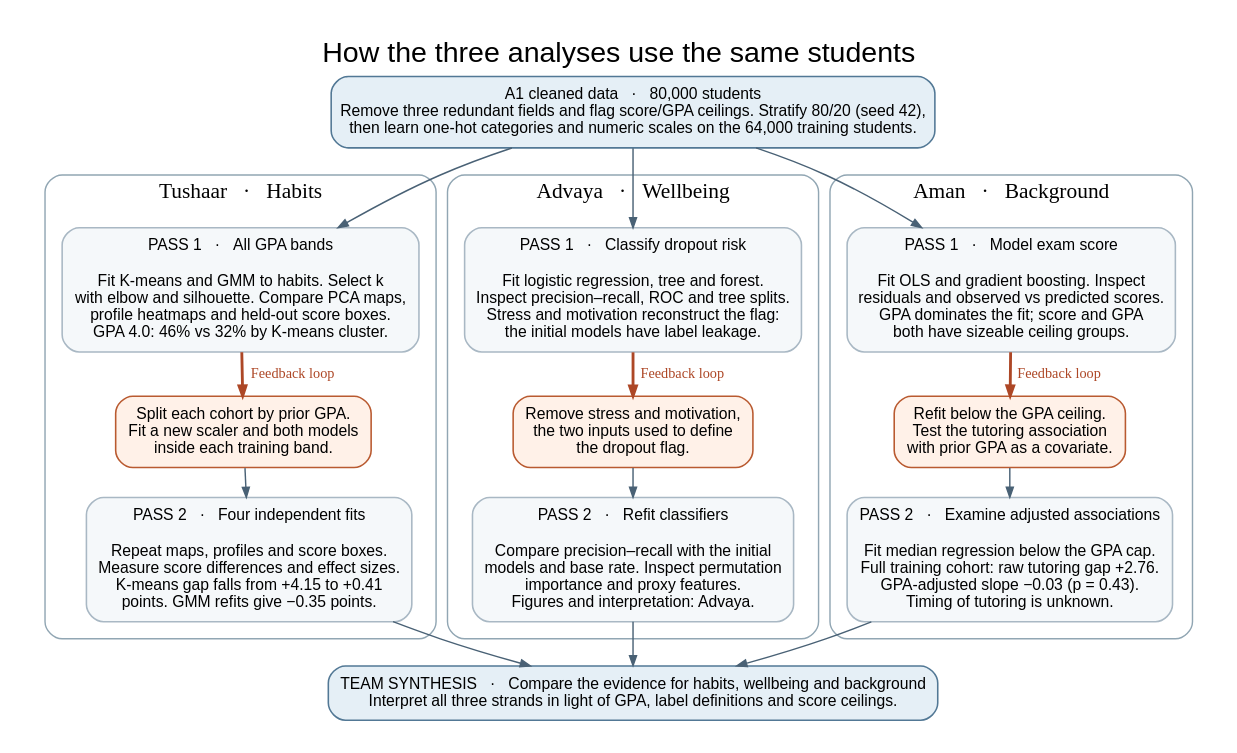
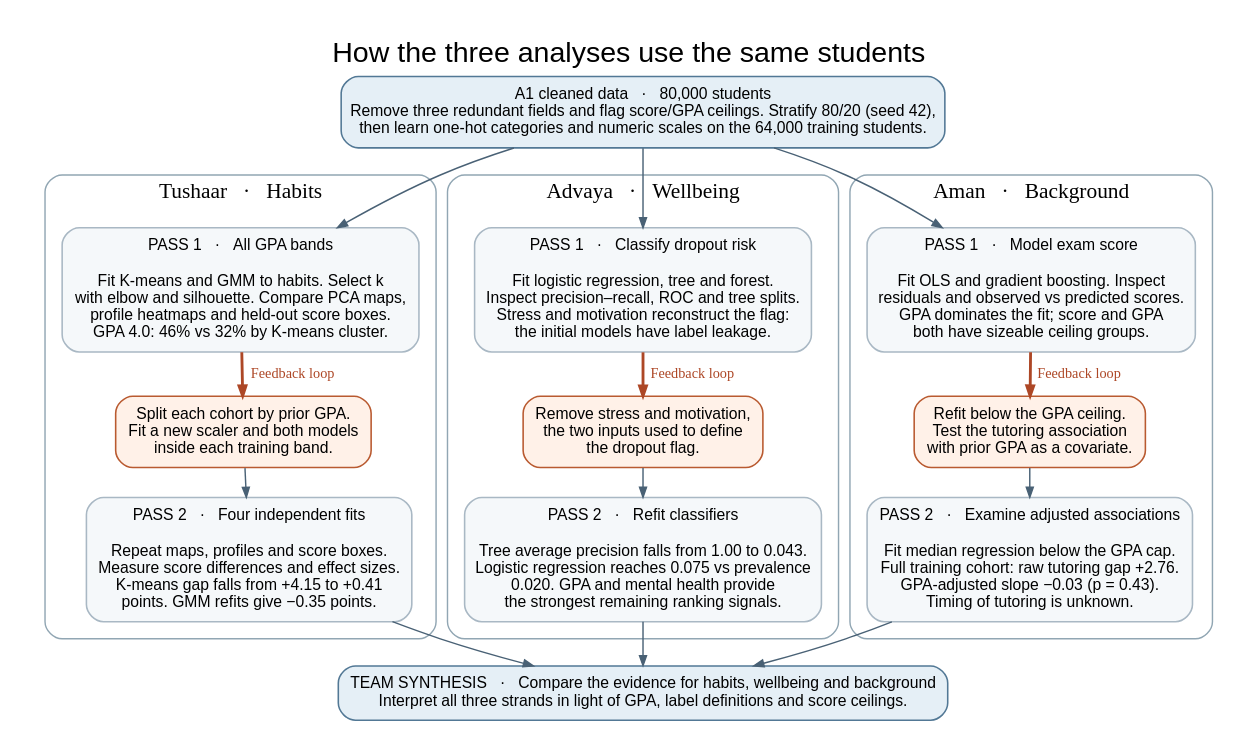
Before and after one commit to Tushaarkolipakula/DV: the diagram in diagrams/A3_master_workflow.dot, drawn with Graphviz. The commit also changed 19 other files, not shown here.

```diff
--- a/diagrams/A3_master_workflow.dot
+++ b/diagrams/A3_master_workflow.dot
@@ -1,47 +1,47 @@
 // Render from the repo root with Graphviz:
 // dot -Tpng -Gdpi=170 diagrams/A3_master_workflow.dot -o images/A3_master_workflow.png
 // dot -Tpdf diagrams/A3_master_workflow.dot -o diagrams/A3_master_workflow.pdf
 digraph A3 {
   graph [newrank=true, pad=.22, nodesep=.30, ranksep=.27, bgcolor="white", fontname="Arial",
          label="How the three analyses use the same students", labelloc=t, fontsize=20];
   node [shape=box, style="rounded,filled", fontname="Arial", fontsize=11,
         color="#A9B8C4", fillcolor="#F5F8FA", margin=".14,.10", penwidth=1.1];
   edge [fontname="Arial", fontsize=10, color="#496175", arrowsize=.70];
 
   source [label="A1 cleaned data   ·   80,000 students\nRemove three redundant fields and flag score/GPA ceilings. Stratify 80/20 (seed 42),\nthen learn one-hot categories and numeric scales on the 64,000 training students.",
           fillcolor="#E5EFF6", color="#527895"];
 
   subgraph cluster_h {
     label="Tushaar   ·   Habits"; fontname="Arial Bold"; fontsize=15;
     style="rounded"; color="#91A6B3"; margin=12;
     h1 [label="PASS 1   ·   All GPA bands\n\nFit K-means and GMM to habits. Select k\nwith elbow and silhouette. Compare PCA maps,\nprofile heatmaps and held-out score boxes.\nGPA 4.0: 46% vs 32% by K-means cluster."];
     ht [label="Split each cohort by prior GPA.\nFit a new scaler and both models\ninside each training band.", fillcolor="#FFF1E8",color="#B95A30"];
     h2 [label="PASS 2   ·   Four independent fits\n\nRepeat maps, profiles and score boxes.\nMeasure score differences and effect sizes.\nK-means gap falls from +4.15 to +0.41\npoints. GMM refits give −0.35 points."];
     h1 -> ht [label="Feedback loop", fontname="Arial Bold", color="#AD4726", fontcolor="#AD4726",penwidth=2];
     ht -> h2;
   }
   subgraph cluster_w {
     label="Advaya   ·   Wellbeing"; fontname="Arial Bold"; fontsize=15;
     style="rounded"; color="#91A6B3"; margin=12;
     w1 [label="PASS 1   ·   Classify dropout risk\n\nFit logistic regression, tree and forest.\nInspect precision–recall, ROC and tree splits.\nStress and motivation reconstruct the flag: \nthe initial models have label leakage."];
     wt [label="Remove stress and motivation,\nthe two inputs used to define\nthe dropout flag.", fillcolor="#FFF1E8",color="#B95A30"];
-    w2 [label="PASS 2   ·   Refit classifiers\n\nCompare precision–recall with the initial\nmodels and base rate. Inspect permutation\nimportance and proxy features.\nFigures and interpretation: Advaya."];
+    w2 [label="PASS 2   ·   Refit classifiers\n\nTree average precision falls from 1.00 to 0.043.\nLogistic regression reaches 0.075 vs prevalence\n0.020. GPA and mental health provide\nthe strongest remaining ranking signals."];
     w1 -> wt [label="Feedback loop", fontname="Arial Bold", color="#AD4726", fontcolor="#AD4726",penwidth=2];
     wt -> w2;
   }
   subgraph cluster_b {
     label="Aman   ·   Background"; fontname="Arial Bold"; fontsize=15;
     style="rounded"; color="#91A6B3"; margin=12;
     b1 [label="PASS 1   ·   Model exam score\n\nFit OLS and gradient boosting. Inspect\nresiduals and observed vs predicted scores.\nGPA dominates the fit; score and GPA\nboth have sizeable ceiling groups."];
     bt [label="Refit below the GPA ceiling.\nTest the tutoring association\nwith prior GPA as a covariate.", fillcolor="#FFF1E8",color="#B95A30"];
     b2 [label="PASS 2   ·   Examine adjusted associations\n\nFit median regression below the GPA cap.\nFull training cohort: raw tutoring gap +2.76.\nGPA-adjusted slope −0.03 (p = 0.43).\nTiming of tutoring is unknown."];
     b1 -> bt [label="Feedback loop", fontname="Arial Bold", color="#AD4726", fontcolor="#AD4726",penwidth=2];
     bt -> b2;
   }
   {rank=same; h1; w1; b1;}
   {rank=same; ht; wt; bt;}
   {rank=same; h2; w2; b2;}
   source -> {h1 w1 b1};
   synthesis [label="TEAM SYNTHESIS   ·   Compare the evidence for habits, wellbeing and background\nInterpret all three strands in light of GPA, label definitions and score ceilings.", fillcolor="#E5EFF6",color="#527895"];
   {h2 w2 b2} -> synthesis;
 }
```
